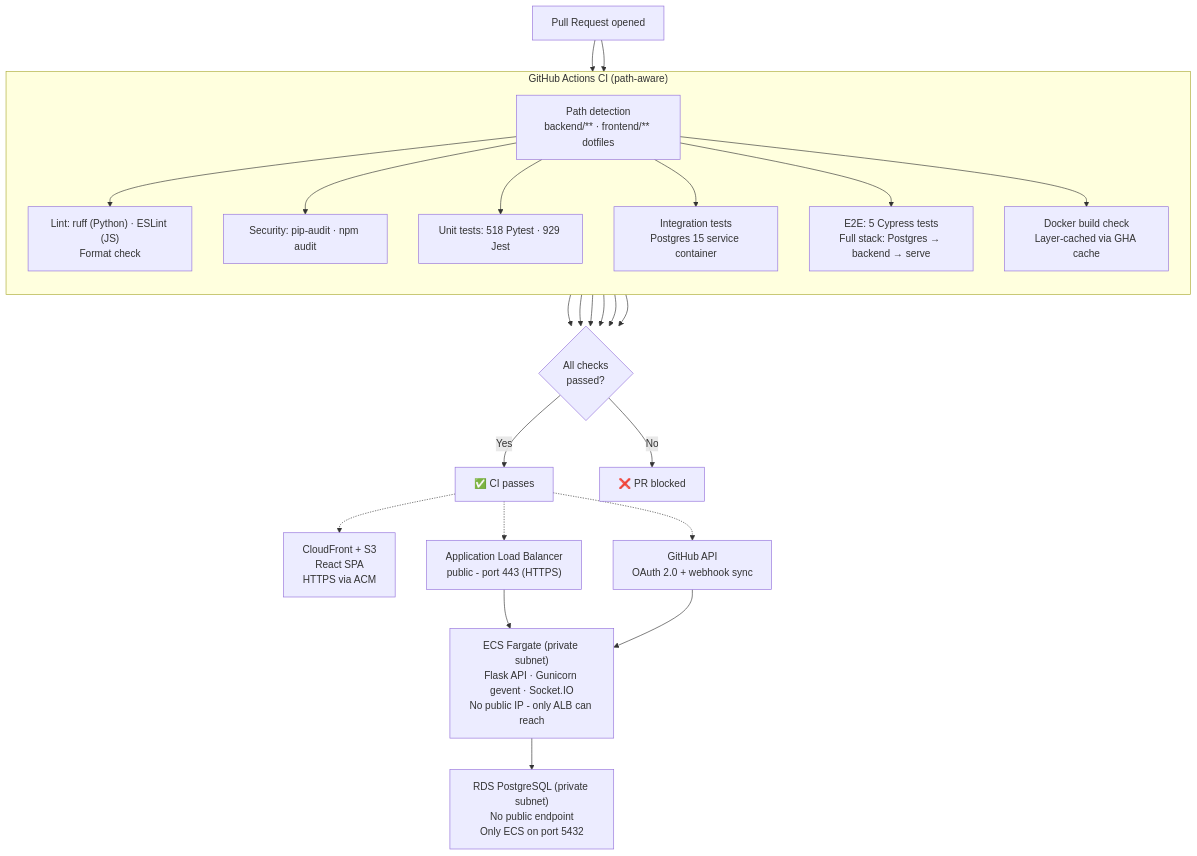
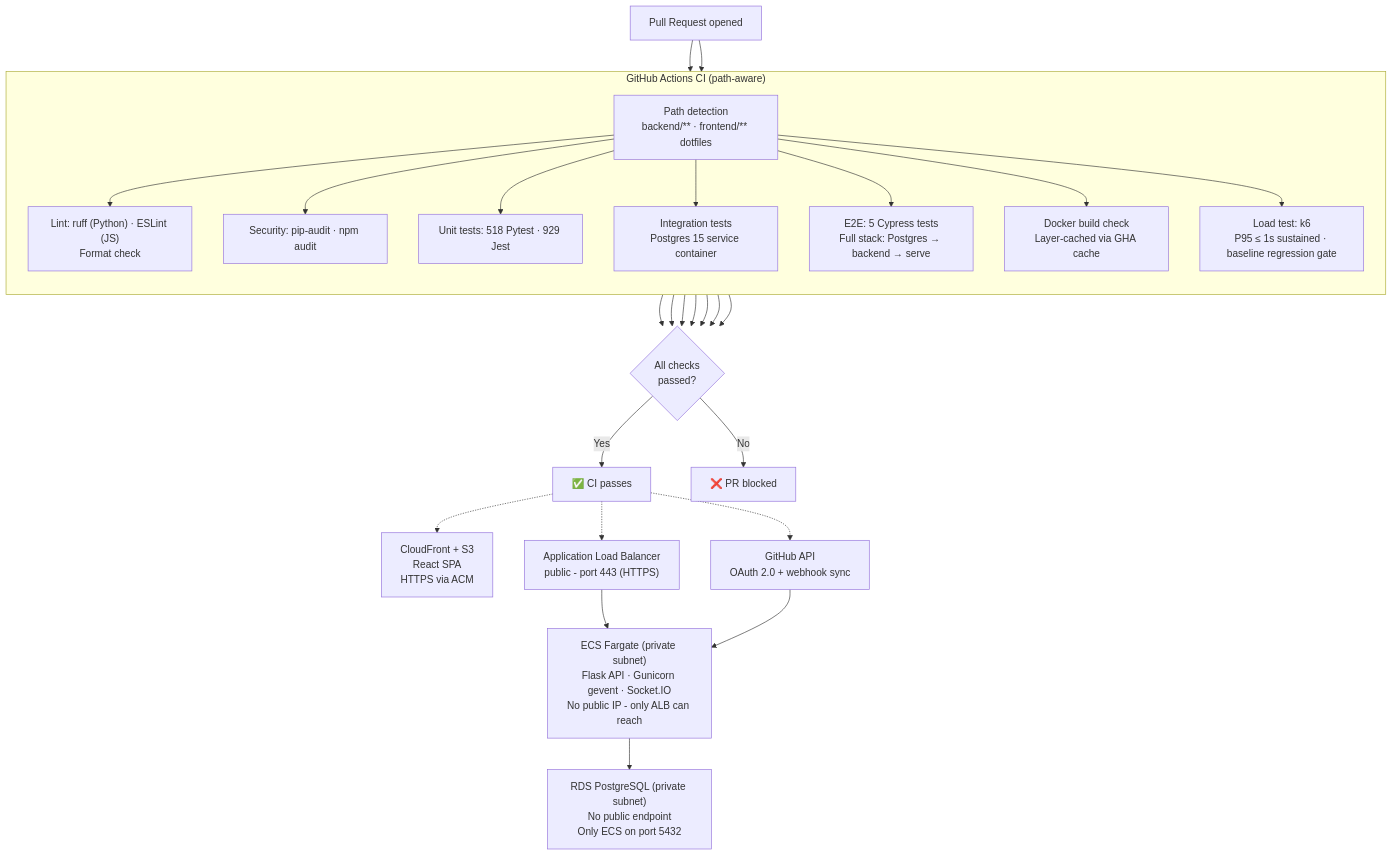
Before and after one commit to AhmedIkram05/devsync: the first of 6 diagrams in README.md, drawn with Mermaid. The commit also changed other lines of this file, not shown here.

First line of the commit message:
docs: update README to include k6 load testing details

````diff
--- a/README.md
+++ b/README.md
@@ -59,37 +61,39 @@
 ```mermaid
 flowchart TD
     PR[Pull Request opened] --> CI
  
     subgraph CI["GitHub Actions CI (path-aware)"]
         direction TB
         changes["Path detection\nbackend/** · frontend/** dotfiles"]
         lint["Lint: ruff (Python) · ESLint (JS)\nFormat check"]
         security["Security: pip-audit · npm audit"]
         unit["Unit tests: 518 Pytest · 929 Jest"]
         integration["Integration tests\nPostgres 15 service container"]
-        e2e["E2E: 5 Cypress tests\nFull stack: Postgres → backend → serve"]
+e2e["E2E: 5 Cypress tests\nFull stack: Postgres → backend → serve"]
         docker["Docker build check\nLayer-cached via GHA cache"]
+        load["Load test: k6\nP95 ≤ 1s sustained · baseline regression gate"]
     end
- 
+  
     PR --> changes
     changes --> lint
     changes --> security
     changes --> unit
     changes --> integration
     changes --> e2e
     changes --> docker
-    lint & security & unit & integration & e2e & docker --> Gate{"All checks\npassed?"}
+    changes --> load
+    lint & security & unit & integration & e2e & docker & load --> Gate{"All checks\npassed?"}
     Gate -->|"Yes"| DeployOK["✅ CI passes"]
     Gate -->|"No"| DeployFail["❌ PR blocked"]
  
     DeployOK -.-> CF["CloudFront + S3\nReact SPA\nHTTPS via ACM"]
     DeployOK -.-> ALB["Application Load Balancer\npublic - port 443 (HTTPS)"]
     DeployOK -.-> GH["GitHub API\nOAuth 2.0 + webhook sync"]
  
     ALB --> ECS
     GH --> ECS
  
     ECS["ECS Fargate (private subnet)\nFlask API · Gunicorn gevent · Socket.IO\nNo public IP - only ALB can reach"]
  
     ECS --> RDS["RDS PostgreSQL (private subnet)\nNo public endpoint\nOnly ECS on port 5432"]
 ```
````
